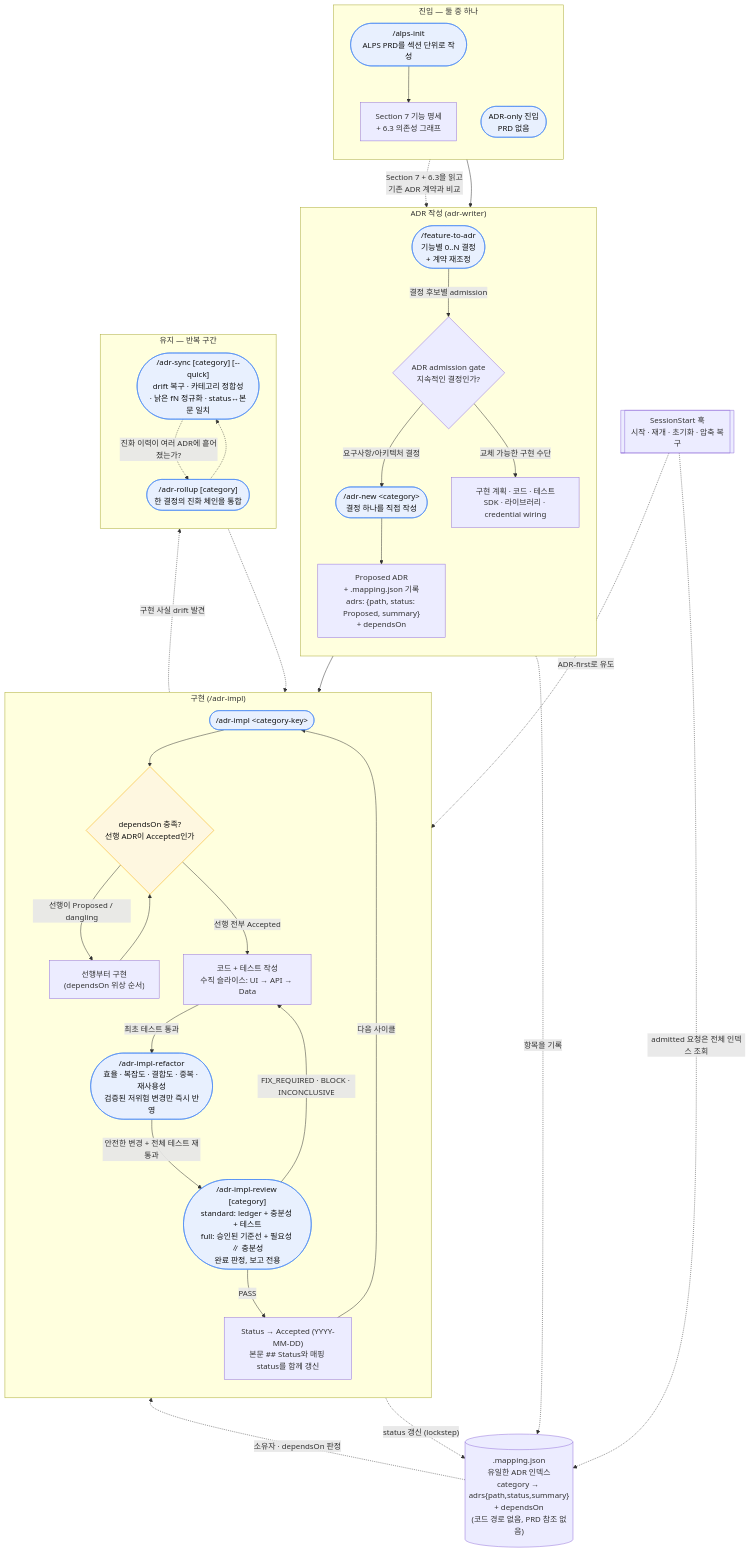
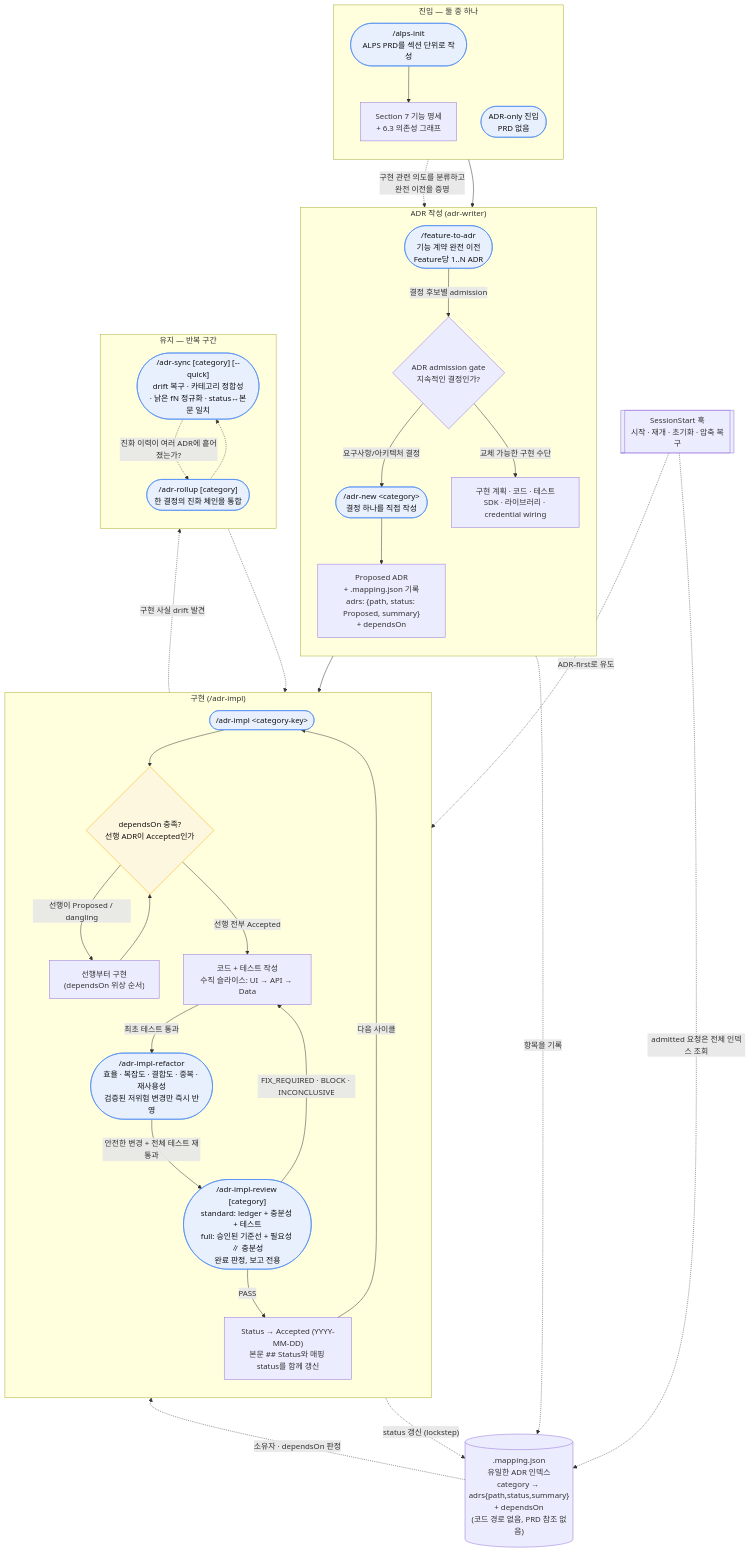
One commit to haandol/alps-writer-mcp changed the first of 8 diagrams in docs/adr-process.md. Above: the diagram before and after it, drawn with Mermaid. The commit also changed other lines of this file and 44 other files, not shown here.

````diff
--- a/docs/adr-process.md
+++ b/docs/adr-process.md
@@ -30,71 +30,71 @@
 ```mermaid
 flowchart TD
     subgraph entry["진입 — 둘 중 하나"]
         direction TB
         AlpsInit(["/alps-init<br/>ALPS PRD를 섹션 단위로 작성"])
         S7["Section 7 기능 명세<br/>+ 6.3 의존성 그래프"]
         AlpsInit --> S7
         ADROnly(["ADR-only 진입<br/>PRD 없음"])
     end
 
     subgraph author["ADR 작성 (adr-writer)"]
         direction TB
-        F2A(["/feature-to-adr<br/>기능별 0..N 결정<br/>+ 계약 재조정"])
+        F2A(["/feature-to-adr<br/>기능 계약 완전 이전<br/>Feature당 1..N ADR"])
         Admit{"ADR admission gate<br/>지속적인 결정인가?"}
         Detail["구현 계획 · 코드 · 테스트<br/>SDK · 라이브러리 · credential wiring"]
         New(["/adr-new &lt;category&gt;<br/>결정 하나를 직접 작성"])
         Proposed["Proposed ADR<br/>+ .mapping.json 기록<br/>adrs: {path, status: Proposed, summary}<br/>+ dependsOn"]
         F2A -->|"결정 후보별 admission"| Admit
         ADROnly --> Admit
         Admit -->|"요구사항/아키텍처 결정"| New
         Admit -->|"교체 가능한 구현 수단"| Detail
         New --> Proposed
     end
 
     subgraph impl["구현 (/adr-impl)"]
         direction TB
         Impl(["/adr-impl &lt;category-key&gt;"])
         Gate{"dependsOn 충족?<br/>선행 ADR이 Accepted인가"}
         Prereq["선행부터 구현<br/>(dependsOn 위상 순서)"]
         Code["코드 + 테스트 작성<br/>수직 슬라이스: UI → API → Data"]
         Refactor(["/adr-impl-refactor<br/>효율 · 복잡도 · 결합도 · 중복 · 재사용성<br/>검증된 저위험 변경만 즉시 반영"])
         Review(["/adr-impl-review [category]<br/>standard: ledger + 충분성 + 테스트<br/>full: 승인된 기준선 + 필요성 ∥ 충분성<br/>완료 판정, 보고 전용"])
         Accepted["Status → Accepted (YYYY-MM-DD)<br/>본문 ## Status와 매핑 status를 함께 갱신"]
         Impl --> Gate
         Gate -->|"선행이 Proposed / dangling"| Prereq
         Prereq --> Gate
         Gate -->|"선행 전부 Accepted"| Code
         Code -->|"최초 테스트 통과"| Refactor
         Refactor -->|"안전한 변경 + 전체 테스트 재통과"| Review
         Review -->|PASS| Accepted
         Review -->|"FIX_REQUIRED · BLOCK · INCONCLUSIVE"| Code
     end
 
     subgraph maint["유지 — 반복 구간"]
         direction TB
         Sync(["/adr-sync [category] [--quick]<br/>drift 복구 · 카테고리 정합성<br/>· 낡은 fN 정규화 · status↔본문 일치"])
         Rollup(["/adr-rollup [category]<br/>한 결정의 진화 체인을 통합"])
     end
 
     Mapping[(".mapping.json<br/>유일한 ADR 인덱스<br/>category → adrs{path,status,summary}<br/>+ dependsOn<br/>(코드 경로 없음, PRD 참조 없음)")]
     Hook[["SessionStart 훅<br/>시작 · 재개 · 초기화 · 압축 복구"]]
 
-    S7 -.->|"Section 7 + 6.3을 읽고<br/>기존 ADR 계약과 비교"| F2A
+    S7 -.->|"구현 관련 의도를 분류하고<br/>완전 이전을 증명"| F2A
     Proposed --> Impl
     Review -.->|"구현 사실 drift 발견"| Sync
     Sync -.-> Review
     Accepted -->|"다음 사이클"| Impl
     Sync -.->|"진화 이력이 여러 ADR에 흩어졌는가?"| Rollup
     Rollup -.-> Sync
 
     Proposed -.->|"항목을 기록"| Mapping
     Accepted -.->|"status 갱신 (lockstep)"| Mapping
     Hook -.->|"admitted 요청은 전체 인덱스 조회"| Mapping
     Mapping -.->|"소유자 · dependsOn 판정"| Impl
     Hook -.->|"ADR-first로 유도"| Impl
 
     classDef cmd fill:#e8f0fe,stroke:#4285f4,color:#111;
     classDef gate fill:#fef7e0,stroke:#f9ab00,color:#111;
     class AlpsInit,F2A,New,Impl,Refactor,Review,Sync,Rollup,ADROnly cmd;
     class Gate gate;
 ```
````
